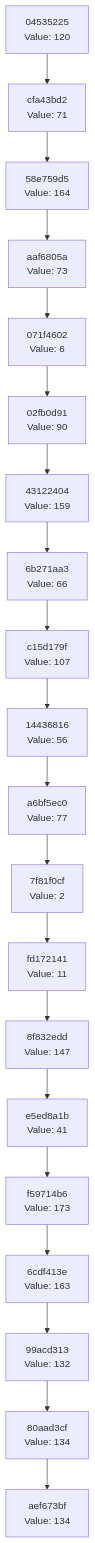
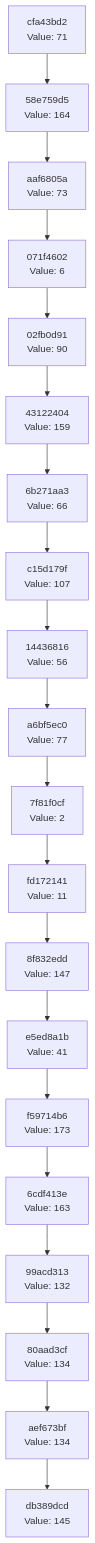
Before and after one commit to Abhisheksinha1506/hash-chain-evolver: the diagram in docs/CHAIN_VISUALIZATION.md, drawn with Mermaid. The commit also changed 2 other files, not shown here.

Commit message:
Evolution step: hash 0x91 → action executed

````diff
--- a/docs/CHAIN_VISUALIZATION.md
+++ b/docs/CHAIN_VISUALIZATION.md
@@ -3,42 +3,42 @@
 ```mermaid
 graph TD
-    C0["aef673bf<br/>Value: 134"]
-    C1["80aad3cf<br/>Value: 134"]
+    C0["db389dcd<br/>Value: 145"]
+    C1["aef673bf<br/>Value: 134"]
     C1 --> C0
-    C2["99acd313<br/>Value: 132"]
+    C2["80aad3cf<br/>Value: 134"]
     C2 --> C1
-    C3["6cdf413e<br/>Value: 163"]
+    C3["99acd313<br/>Value: 132"]
     C3 --> C2
-    C4["f59714b6<br/>Value: 173"]
+    C4["6cdf413e<br/>Value: 163"]
     C4 --> C3
-    C5["e5ed8a1b<br/>Value: 41"]
+    C5["f59714b6<br/>Value: 173"]
     C5 --> C4
-    C6["8f832edd<br/>Value: 147"]
+    C6["e5ed8a1b<br/>Value: 41"]
     C6 --> C5
-    C7["fd172141<br/>Value: 11"]
+    C7["8f832edd<br/>Value: 147"]
     C7 --> C6
-    C8["7f81f0cf<br/>Value: 2"]
+    C8["fd172141<br/>Value: 11"]
     C8 --> C7
-    C9["a6bf5ec0<br/>Value: 77"]
+    C9["7f81f0cf<br/>Value: 2"]
     C9 --> C8
-    C10["14436816<br/>Value: 56"]
+    C10["a6bf5ec0<br/>Value: 77"]
     C10 --> C9
-    C11["c15d179f<br/>Value: 107"]
+    C11["14436816<br/>Value: 56"]
     C11 --> C10
-    C12["6b271aa3<br/>Value: 66"]
+    C12["c15d179f<br/>Value: 107"]
     C12 --> C11
-    C13["43122404<br/>Value: 159"]
+    C13["6b271aa3<br/>Value: 66"]
     C13 --> C12
-    C14["02fb0d91<br/>Value: 90"]
+    C14["43122404<br/>Value: 159"]
     C14 --> C13
-    C15["071f4602<br/>Value: 6"]
+    C15["02fb0d91<br/>Value: 90"]
     C15 --> C14
-    C16["aaf6805a<br/>Value: 73"]
+    C16["071f4602<br/>Value: 6"]
     C16 --> C15
-    C17["58e759d5<br/>Value: 164"]
+    C17["aaf6805a<br/>Value: 73"]
     C17 --> C16
-    C18["cfa43bd2<br/>Value: 71"]
+    C18["58e759d5<br/>Value: 164"]
     C18 --> C17
-    C19["04535225<br/>Value: 120"]
+    C19["cfa43bd2<br/>Value: 71"]
     C19 --> C18
 ```
````
